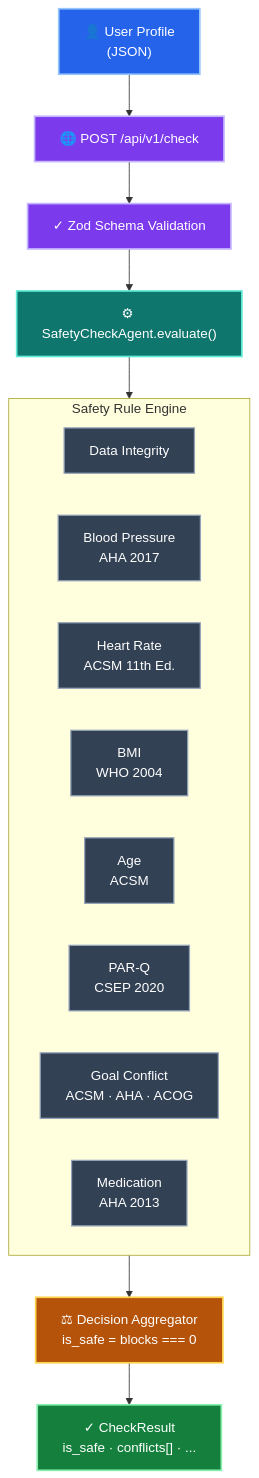
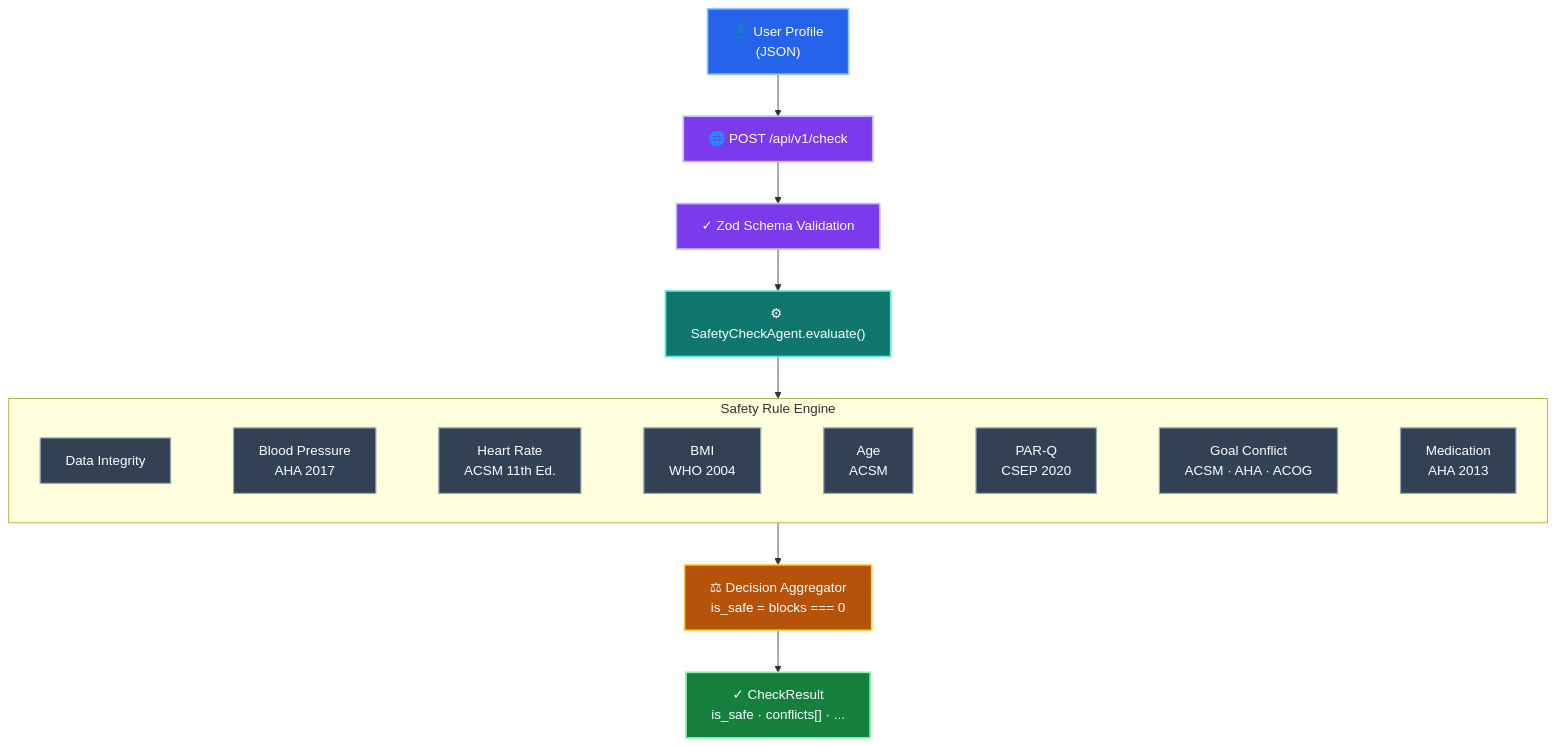
The diagram in README.md (ritam03/safety-check-agent), drawn with Mermaid before and after one commit.

Commit message:
Update Architecture Diagram

````diff
--- a/README.md
+++ b/README.md
@@ -76,45 +76,48 @@
 ```mermaid
 flowchart TB
 
     USER["👤 User Profile<br/>(JSON)"]
     API["🌐 POST /api/v1/check"]
     VALIDATE["✓ Zod Schema Validation"]
     AGENT["⚙ SafetyCheckAgent.evaluate()"]
 
     USER --> API
     API --> VALIDATE
     VALIDATE --> AGENT
 
     subgraph RULES["Safety Rule Engine"]
         direction LR
         R1["Data Integrity"]
         R2["Blood Pressure<br/>AHA 2017"]
         R3["Heart Rate<br/>ACSM 11th Ed."]
         R4["BMI<br/>WHO 2004"]
         R5["Age<br/>ACSM"]
         R6["PAR-Q<br/>CSEP 2020"]
         R7["Goal Conflict<br/>ACSM · AHA · ACOG"]
         R8["Medication<br/>AHA 2013"]
+        
+        %% Invisible links force the horizontal layout inside the subgraph
+        R1 ~~~ R2 ~~~ R3 ~~~ R4 ~~~ R5 ~~~ R6 ~~~ R7 ~~~ R8
     end
 
-    %% Connect directly to and from the subgraph instead of individual nodes
+    %% Clean single arrows connected to the subgraph boundary
     AGENT --> RULES
     RULES --> DECISION
 
     DECISION["⚖ Decision Aggregator<br/>is_safe = blocks === 0"]
     DECISION --> RESULT["✓ CheckResult<br/>is_safe · conflicts[] · ..."]
 
     classDef input fill:#2563EB,stroke:#93C5FD,color:#FFFFFF,stroke-width:2px;
     classDef api fill:#7C3AED,stroke:#C4B5FD,color:#FFFFFF,stroke-width:2px;
     classDef agent fill:#0F766E,stroke:#5EEAD4,color:#FFFFFF,stroke-width:2px;
     classDef rule fill:#334155,stroke:#94A3B8,color:#FFFFFF,stroke-width:1.5px;
     classDef decision fill:#B45309,stroke:#FCD34D,color:#FFFFFF,stroke-width:2px;
     classDef result fill:#15803D,stroke:#86EFAC,color:#FFFFFF,stroke-width:2px;
 
     class USER input;
     class API,VALIDATE api;
     class AGENT agent;
     class R1,R2,R3,R4,R5,R6,R7,R8 rule;
     class DECISION decision;
     class RESULT result;
 ```
````
